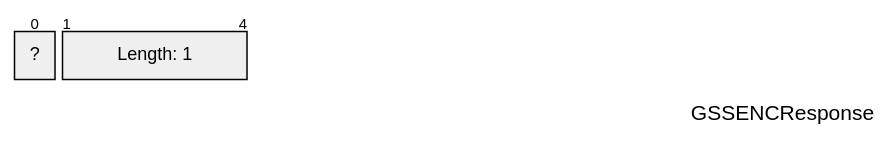
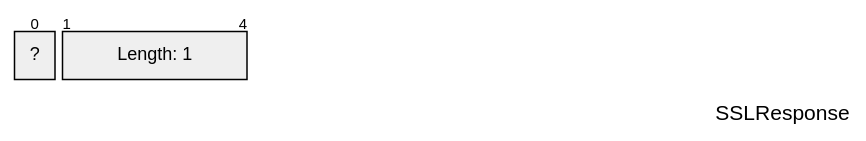
The seventh of 13 diagrams in docs/examples/exports/pagila-13-cancelrequest/capture.mermaid.pkt.md (xfischer/pg_protoexport), drawn with Mermaid before and after one commit. The commit also changed other lines of this file and 135 other files, not shown here.

````diff
--- a/docs/examples/exports/pagila-13-cancelrequest/capture.mermaid.pkt.md
+++ b/docs/examples/exports/pagila-13-cancelrequest/capture.mermaid.pkt.md
@@ -95,11 +95,11 @@
 ```mermaid
 ---
-title: "GSSENCResponse"
+title: "SSLResponse"
 config:
   packet:
     bitsPerRow: 32
 ---
 packet
     +1: "?"
     +4: "Length: 1"
 ```
````
